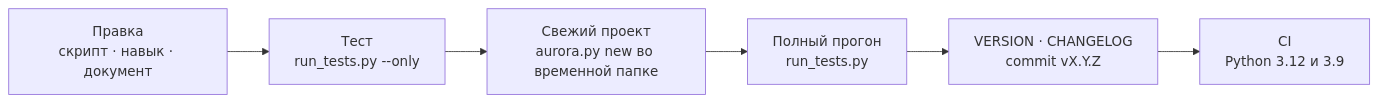
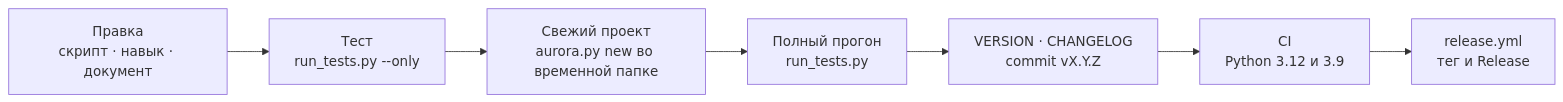
Before and after one commit to VVG-web/aurora-studio: the diagram in docs/CONTRIBUTING.md, drawn with Mermaid. The commit also changed other lines of this file and 4 other files, not shown here.

First line of the commit message:
ci: выпуск по VERSION — тег и GitHub Release создаёт workflow

````diff
--- a/docs/CONTRIBUTING.md
+++ b/docs/CONTRIBUTING.md
@@ -39,8 +39,9 @@
 ```mermaid
 flowchart LR
   A["Правка<br>скрипт · навык · документ"] --> B["Тест<br>run_tests.py --only"]
   B --> C["Свежий проект<br>aurora.py new во временной папке"]
   C --> D["Полный прогон<br>run_tests.py"]
   D --> E["VERSION · CHANGELOG<br>commit vX.Y.Z"]
   E --> F["CI<br>Python 3.12 и 3.9"]
+  F --> G["release.yml<br>тег и Release"]
 ```
````
